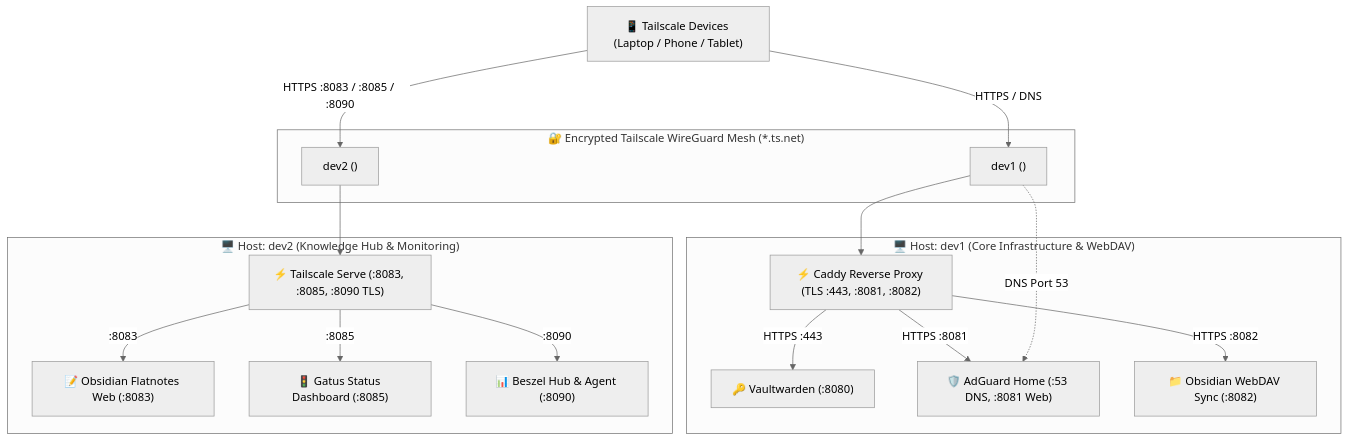
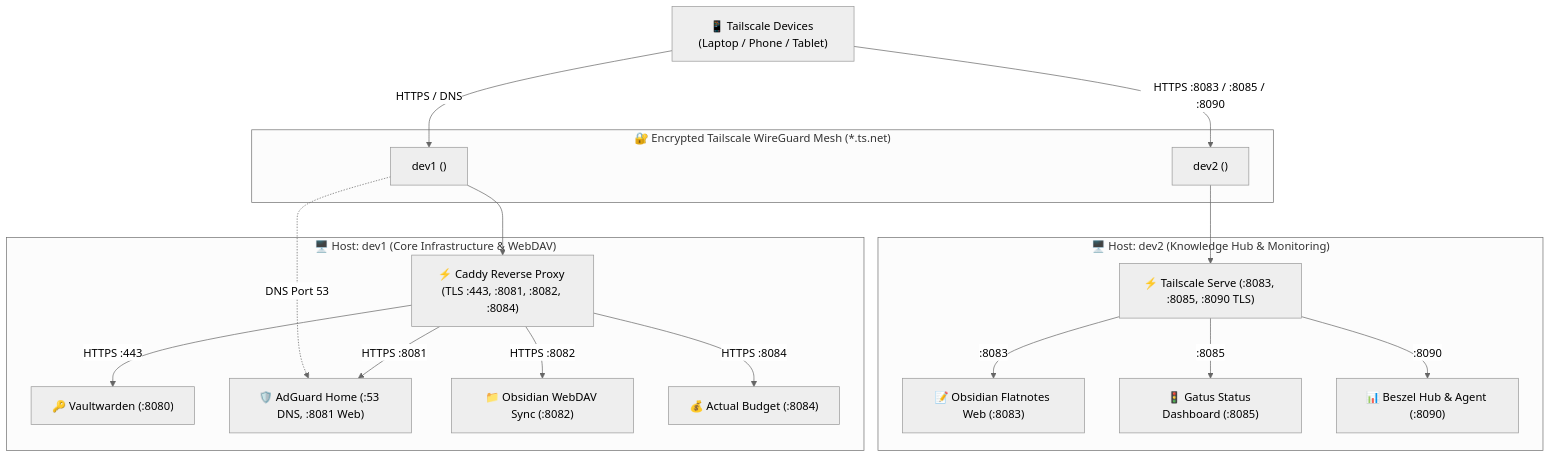
Before and after one commit to sanjay-namdeo/homelab: the diagram in README.md, drawn with Mermaid (neutral theme). The commit also changed other lines of this file and 10 other files, not shown here.

Commit message:
feat(actual-budget): add Actual Budget sync server to dev1 stack and Gatus monitoring

````diff
--- a/README.md
+++ b/README.md
@@ -9,36 +9,38 @@
 ```mermaid
 graph TD
     Client["📱 Tailscale Devices (Laptop / Phone / Tablet)"]
 
     subgraph TailscaleMesh ["🔐 Encrypted Tailscale WireGuard Mesh (*.ts.net)"]
         TS1["dev1 (<dev1-tailscale-ip>)"]
         TS2["dev2 (<dev2-tailscale-ip>)"]
     end
 
     subgraph HostDev1 ["🖥️ Host: dev1 (Core Infrastructure & WebDAV)"]
-        Caddy["⚡ Caddy Reverse Proxy (TLS :443, :8081, :8082)"]
+        Caddy["⚡ Caddy Reverse Proxy (TLS :443, :8081, :8082, :8084)"]
         VW["🔑 Vaultwarden (:8080)"]
         AG["🛡️ AdGuard Home (:53 DNS, :8081 Web)"]
         ObsDAV["📁 Obsidian WebDAV Sync (:8082)"]
+        Act["💰 Actual Budget (:8084)"]
     end
 
     subgraph HostDev2 ["🖥️ Host: dev2 (Knowledge Hub & Monitoring)"]
         TS_Serve["⚡ Tailscale Serve (:8083, :8085, :8090 TLS)"]
         ObsWeb["📝 Obsidian Flatnotes Web (:8083)"]
         Gatus["🚦 Gatus Status Dashboard (:8085)"]
         Beszel["📊 Beszel Hub & Agent (:8090)"]
     end
 
     Client -->|HTTPS / DNS| TS1
     TS1 --> Caddy
     Caddy -->|HTTPS :443| VW
     Caddy -->|HTTPS :8081| AG
     Caddy -->|HTTPS :8082| ObsDAV
+    Caddy -->|HTTPS :8084| Act
     TS1 -.->|DNS Port 53| AG
 
     Client -->|HTTPS :8083 / :8085 / :8090| TS2
     TS2 --> TS_Serve
     TS_Serve -->|:8083| ObsWeb
     TS_Serve -->|:8085| Gatus
     TS_Serve -->|:8090| Beszel
 ```
````
